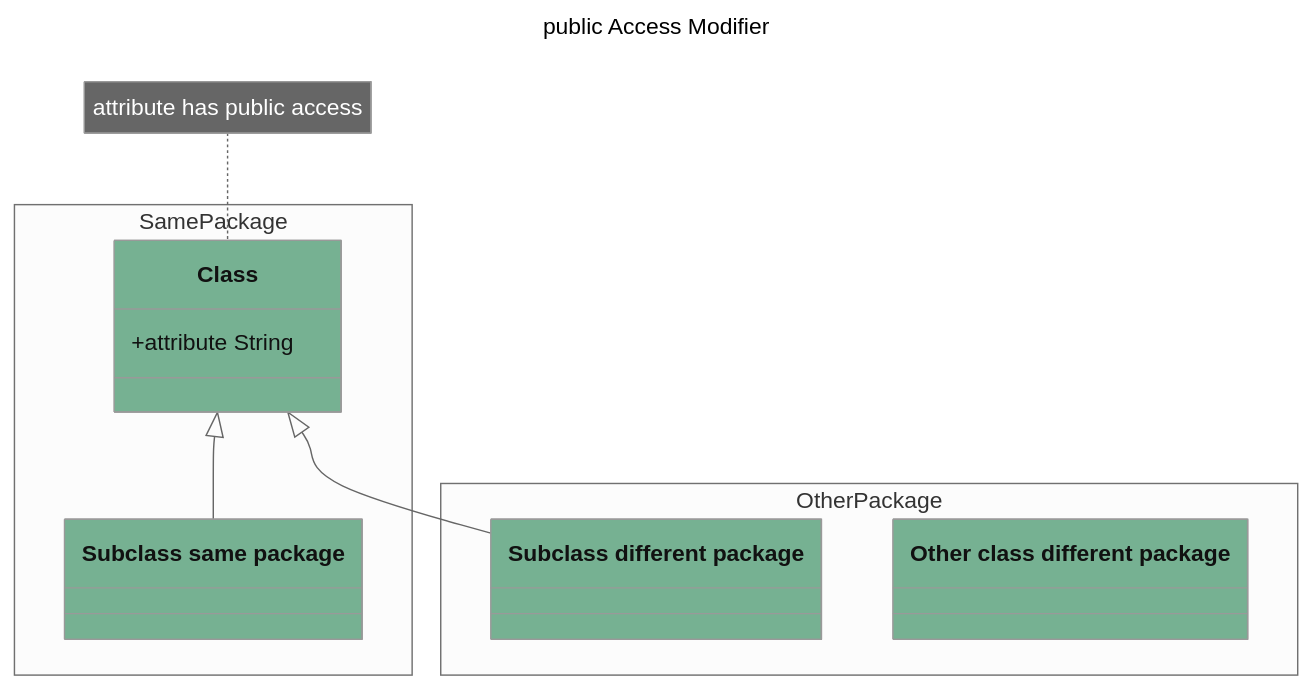
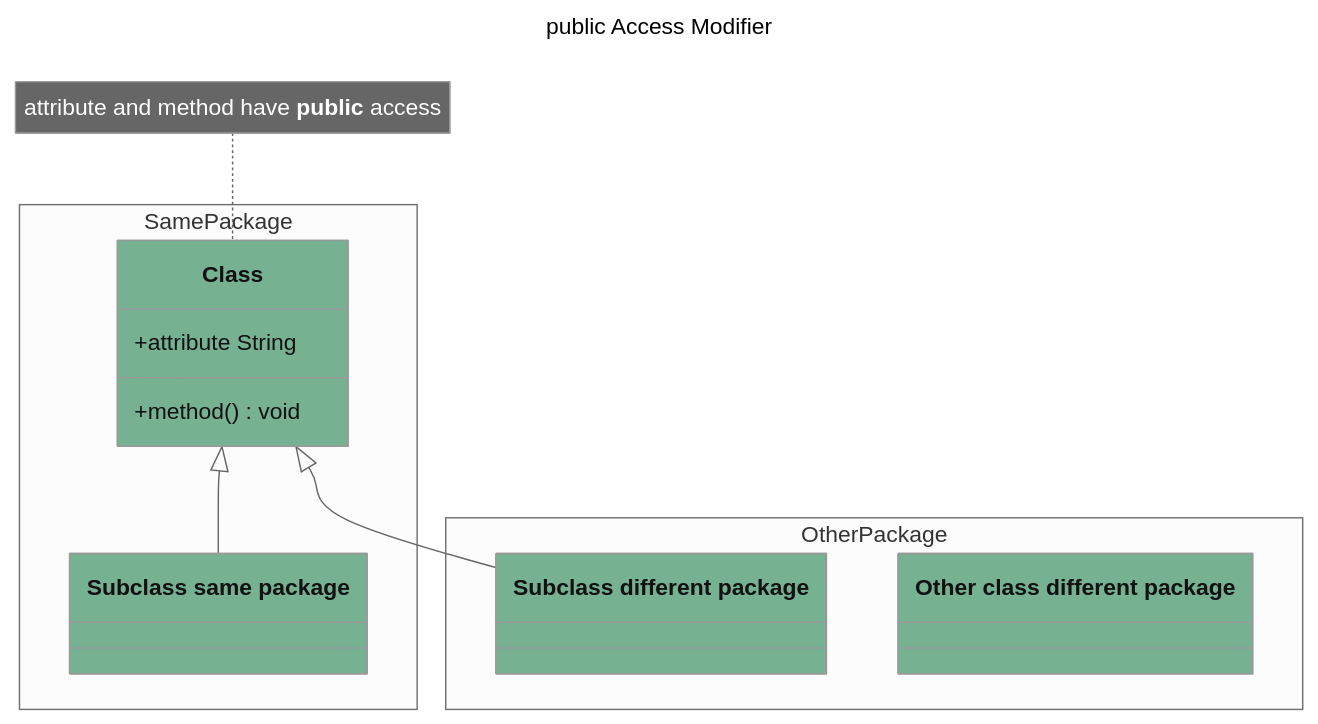
Before and after one commit to ebouchut-laplateforme/java-fundamentals: the first of 4 diagrams in README.md, drawn with Mermaid (neutral theme). The commit also changed other lines of this file, not shown here.

Commit message:
docs(README): Document access modifiers for method

````diff
--- a/README.md
+++ b/README.md
@@ -31,29 +31,30 @@
 ```mermaid
 ---
 title: public Access Modifier
 ---
 classDiagram
     direction TB
     
     namespace SamePackage {
         class Class:::can_access {
             +attribute String
+            +method()  void
         }
         class Subclass["Subclass same package"]:::can_access {
         }
     }
-    note for Class "attribute has public access"
+    note for Class "attribute and method have **public** access"
     Class <|-- Subclass
     
     namespace OtherPackage {
         class SubclassOtherPackage["Subclass different package"]:::can_access {
         }
         class ClassOtherPackage["Other class different package"]:::can_access {
             
         }
     }
     Class <|-- SubclassOtherPackage
     
     
     classDef can_access fill:#76b192
 ```
````
